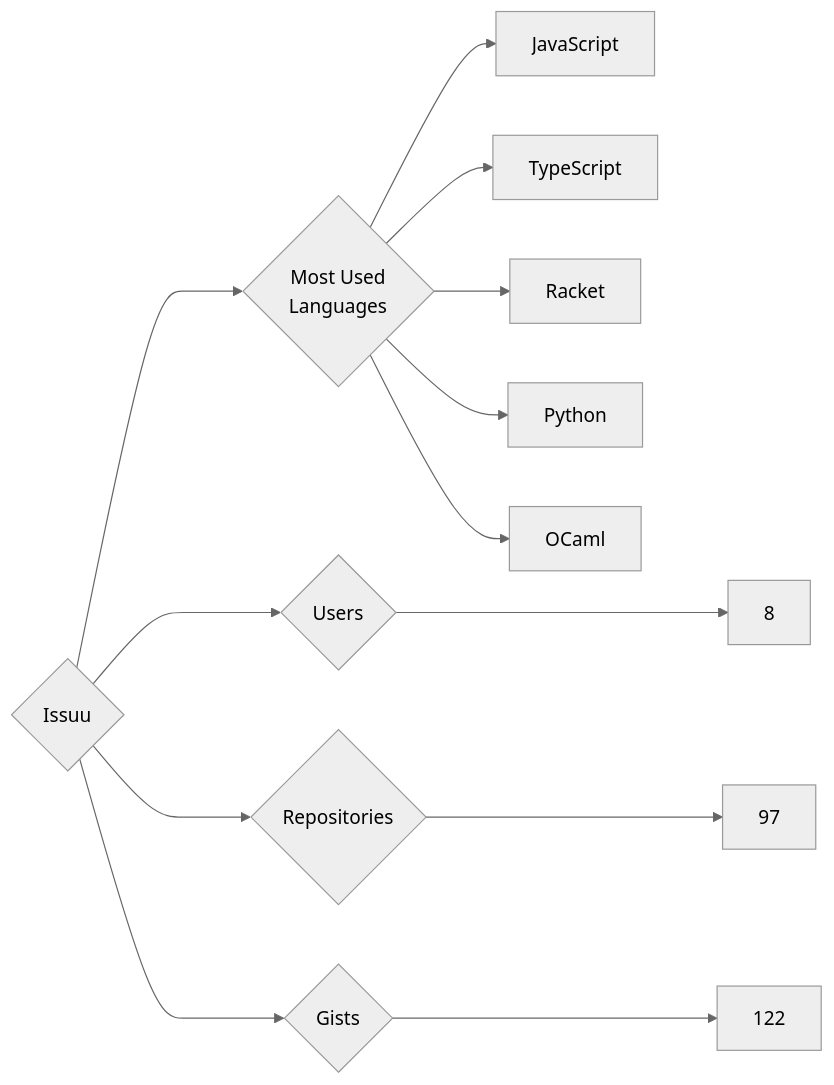
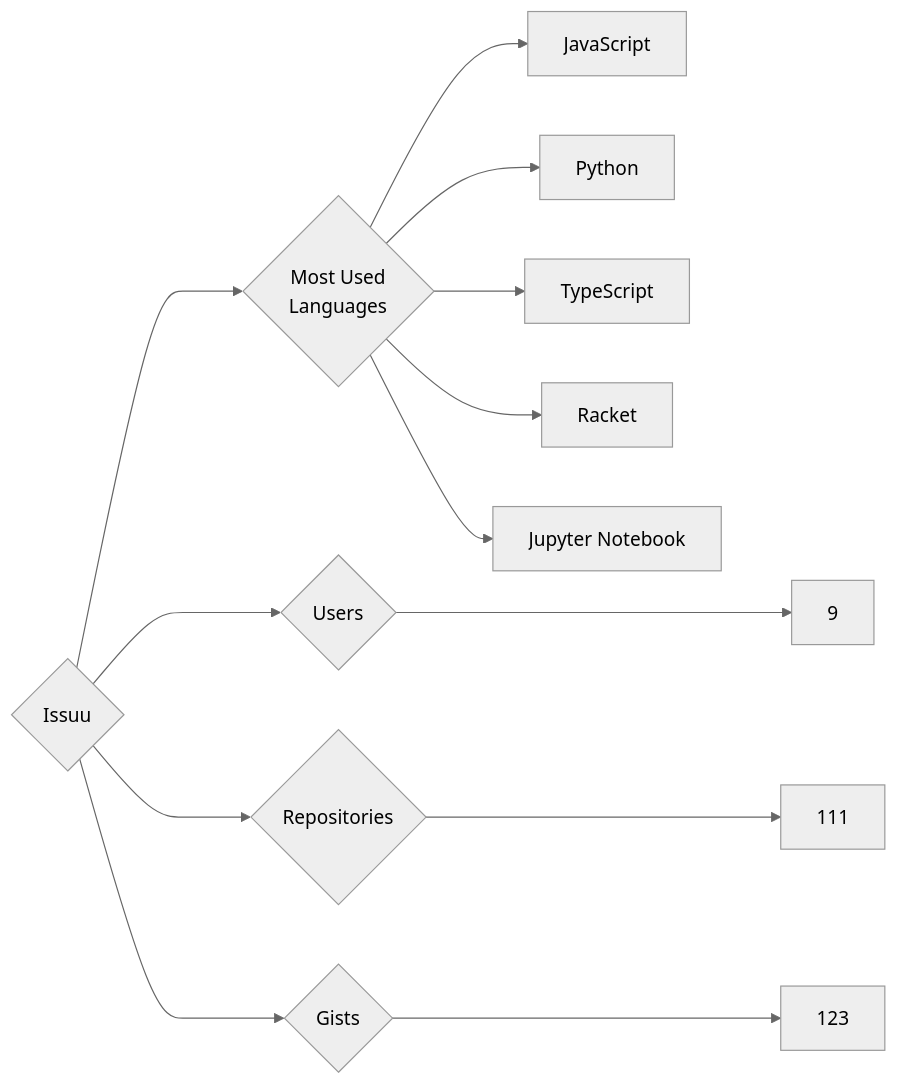
The diagram in targets/Issuu/README.md (trickest/insiders), drawn with Mermaid (neutral theme) before and after one commit. The commit also changed 845 other files, not shown here.

````diff
--- a/targets/Issuu/README.md
+++ b/targets/Issuu/README.md
@@ -3,13 +3,13 @@
 ```mermaid
 graph LR
 COMPANY_NAME{Issuu}
-COMPANY_NAME ---> U{Users} ---> UN[8]
-COMPANY_NAME ---> R{Repositories} ---> RN[97]
-COMPANY_NAME ---> G{Gists} ---> GN[122]
+COMPANY_NAME ---> U{Users} ---> UN[9]
+COMPANY_NAME ---> R{Repositories} ---> RN[111]
+COMPANY_NAME ---> G{Gists} ---> GN[123]
 COMPANY_NAME ---> ML{Most Used<br>Languages}
 ML --> JavaScript[JavaScript]
+ML --> Python[Python]
 ML --> TypeScript[TypeScript]
 ML --> Racket[Racket]
-ML --> Python[Python]
-ML --> OCaml[OCaml]
+ML --> Jupyter_Notebook[Jupyter Notebook]
 ```
````
